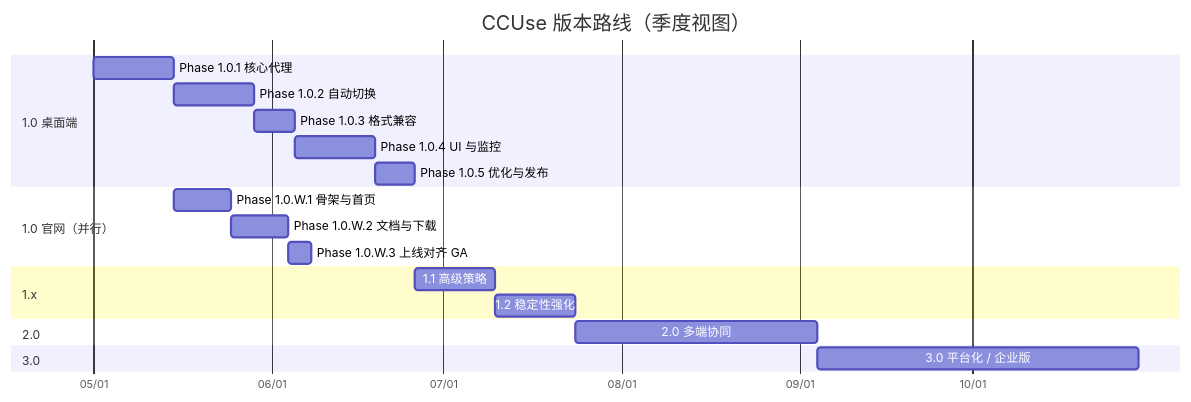
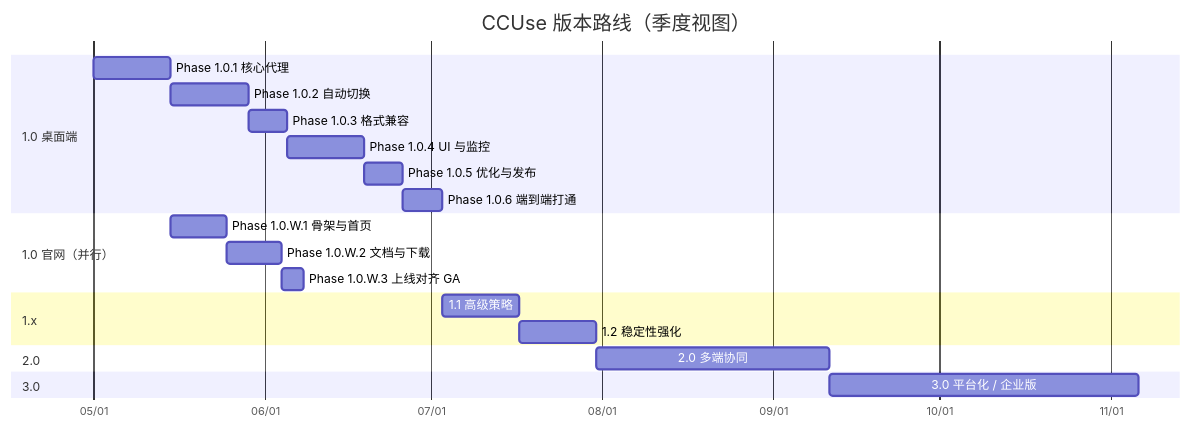
Before and after one commit to colna/CCUse: the diagram in docs/开发计划.md, drawn with Mermaid. The commit also changed other lines of this file and 2 other files, not shown here.

````diff
--- a/docs/开发计划.md
+++ b/docs/开发计划.md
@@ -53,23 +55,24 @@
 ```mermaid
 gantt
     title CCUse 版本路线（季度视图）
     dateFormat YYYY-MM-DD
     axisFormat %m/%d
     section 1.0 桌面端
     Phase 1.0.1 核心代理        :a1, 2026-05-01, 14d
     Phase 1.0.2 自动切换        :a2, after a1, 14d
     Phase 1.0.3 格式兼容        :a3, after a2, 7d
     Phase 1.0.4 UI 与监控       :a4, after a3, 14d
     Phase 1.0.5 优化与发布      :a5, after a4, 7d
+    Phase 1.0.6 端到端打通      :a6, after a5, 7d
     section 1.0 官网（并行）
     Phase 1.0.W.1 骨架与首页    :w1, 2026-05-15, 10d
     Phase 1.0.W.2 文档与下载    :w2, after w1, 10d
     Phase 1.0.W.3 上线对齐 GA   :w3, after w2, 4d
     section 1.x
-    1.1 高级策略                :b1, after a5, 14d
+    1.1 高级策略                :b1, after a6, 14d
     1.2 稳定性强化              :b2, after b1, 14d
     section 2.0
     2.0 多端协同                :c1, after b2, 42d
     section 3.0
     3.0 平台化 / 企业版         :d1, after c1, 56d
 ```
````
